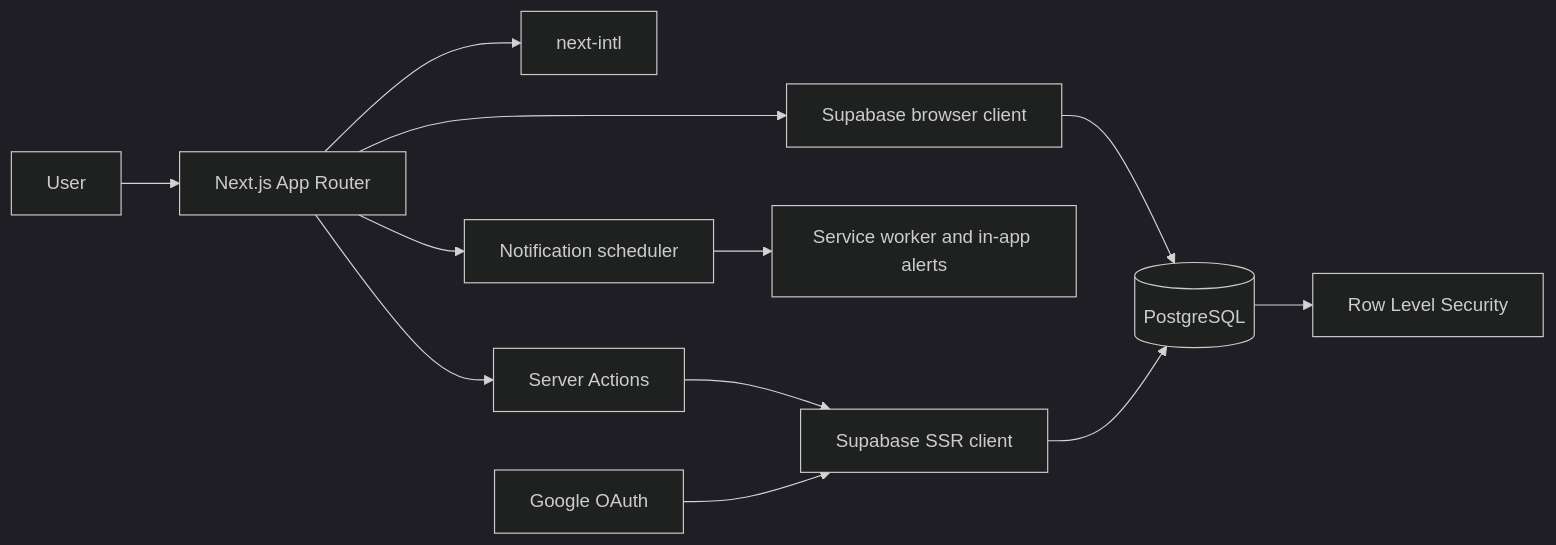
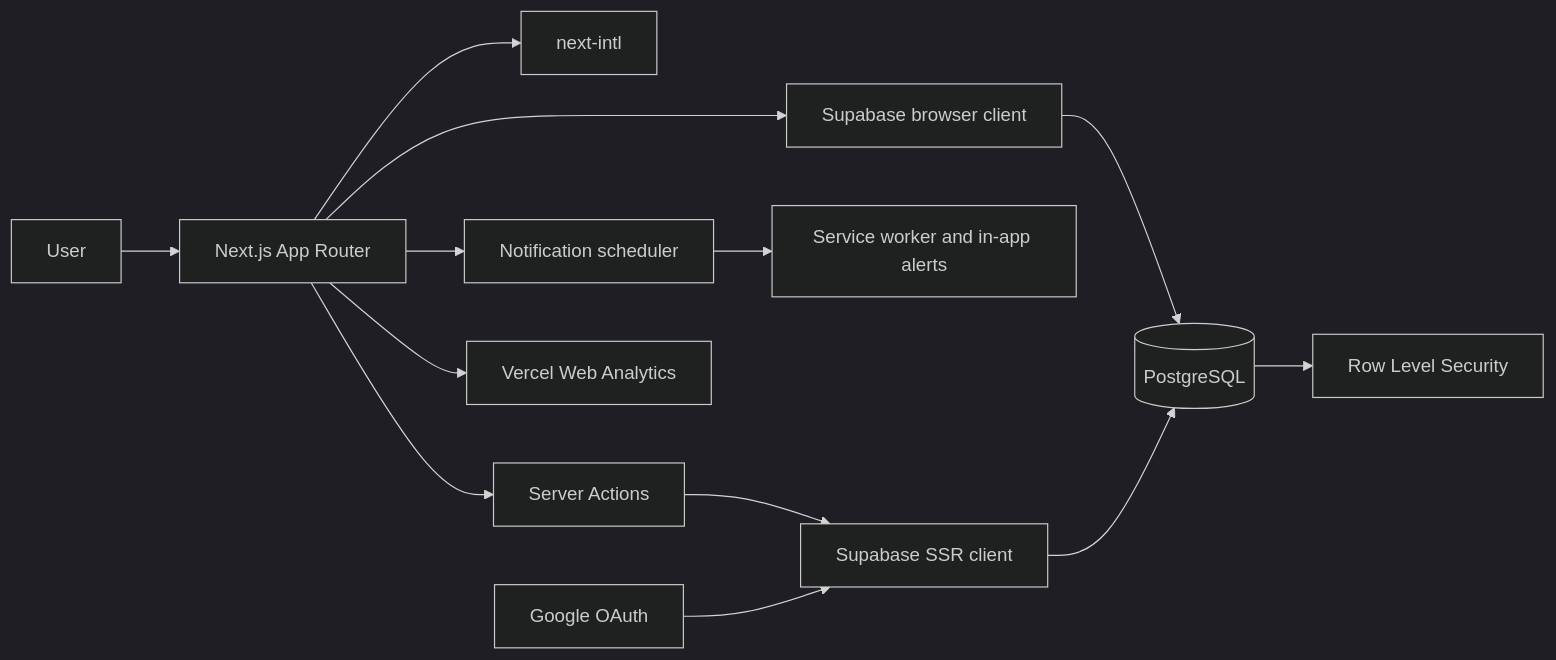
One commit to JoanOliver04/planora changed the diagram in README.md. Above: the diagram before and after it, drawn with Mermaid (dark theme). The commit also changed other lines of this file, not shown here.

Commit message:
docs: document Vercel Web Analytics

````diff
--- a/README.md
+++ b/README.md
@@ -138,14 +139,15 @@
 ```mermaid
 flowchart LR
     U[User] --> UI[Next.js App Router]
     UI --> I18N[next-intl]
     UI --> SA[Server Actions]
     UI --> SC[Supabase browser client]
     UI --> NS[Notification scheduler]
+    UI --> WA[Vercel Web Analytics]
     NS --> SW[Service worker and in-app alerts]
     SA --> SSR[Supabase SSR client]
     SC --> DB[(PostgreSQL)]
     SSR --> DB
     DB --> RLS[Row Level Security]
     AUTH[Google OAuth] --> SSR
 ```
````
